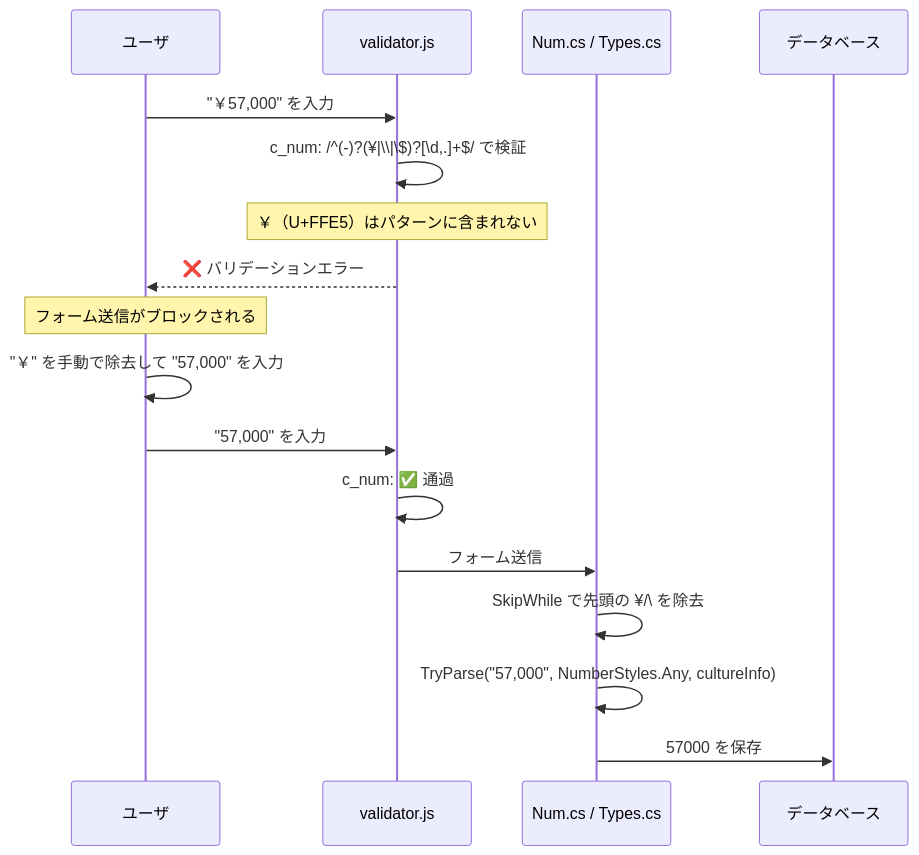
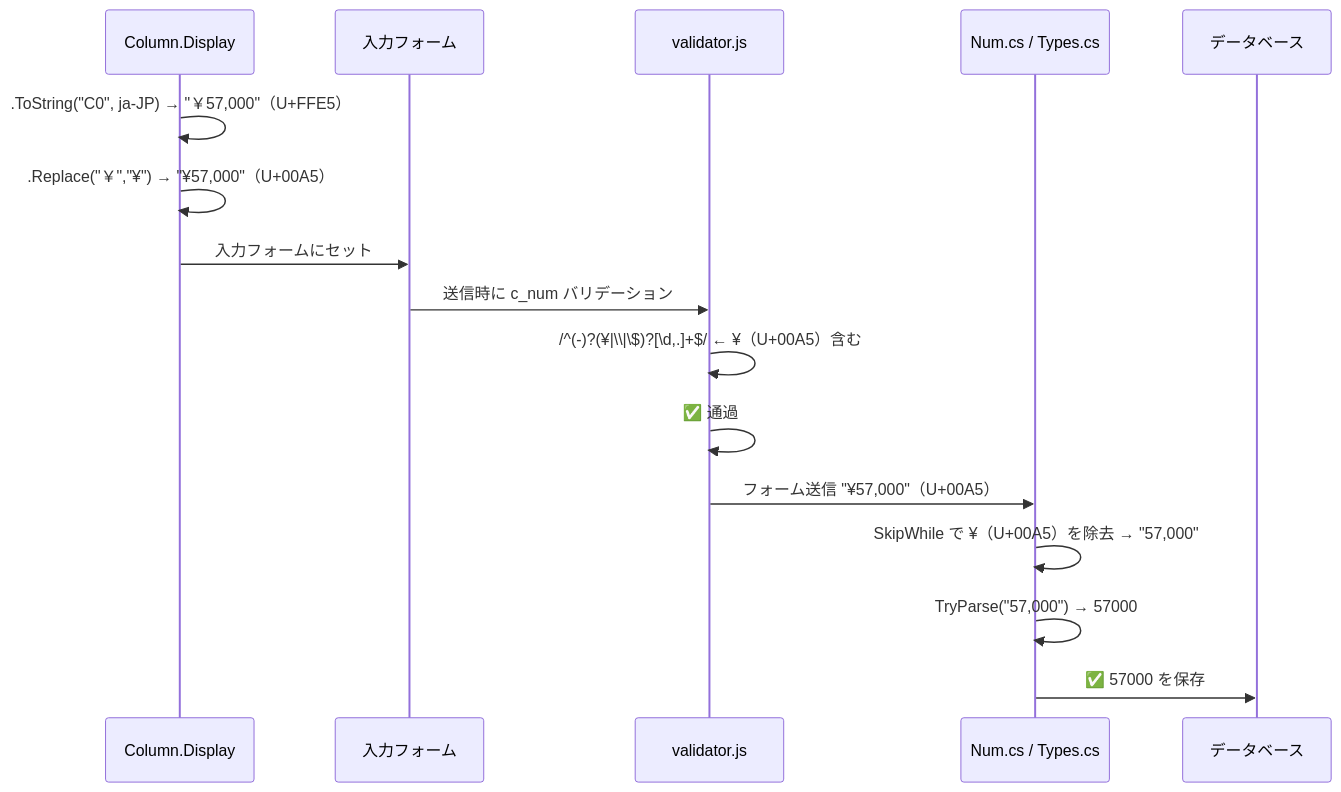
The fourth of 5 diagrams in docs/research/07-編集画面・モーダル/014-数値項目通貨記号変換の改変調査.md (vehiclevisionjp/VehicleVision.Pleasanter.ResearchDocuments), drawn with Mermaid before and after one commit. The commit also changed other lines of this file, not shown here.

````diff
--- a/docs/research/07-編集画面・モーダル/014-数値項目通貨記号変換の改変調査.md
+++ b/docs/research/07-編集画面・モーダル/014-数値項目通貨記号変換の改変調査.md
@@ -389,21 +485,19 @@
 ```mermaid
 sequenceDiagram
-    participant User as ユーザ
+    participant Display as Column.Display
+    participant Form as 入力フォーム
     participant Client as validator.js
     participant Server as Num.cs / Types.cs
     participant DB as データベース
 
-    User->>Client: "￥57,000" を入力
-    Client->>Client: c_num: /^(-)?(¥|\\|\$)?[\d,.]+$/ で検証
-    Note over Client: ￥（U+FFE5）はパターンに含まれない
-    Client-->>User: ❌ バリデーションエラー
-    Note over User: フォーム送信がブロックされる
-
-    User->>User: "￥" を手動で除去して "57,000" を入力
-    User->>Client: "57,000" を入力
-    Client->>Client: c_num: ✅ 通過
-    Client->>Server: フォーム送信
-    Server->>Server: SkipWhile で先頭の ¥/\ を除去
-    Server->>Server: TryParse("57,000", NumberStyles.Any, cultureInfo)
-    Server->>DB: 57000 を保存
+    Display->>Display: .ToString("C0", ja-JP) → "￥57,000"（U+FFE5）
+    Display->>Display: .Replace("￥","¥") → "¥57,000"（U+00A5）
+    Display->>Form: 入力フォームにセット
+    Form->>Client: 送信時に c_num バリデーション
+    Client->>Client: /^(-)?(¥|\\|\$)?[\d,.]+$/ ← ¥（U+00A5）含む
+    Client->>Client: ✅ 通過
+    Client->>Server: フォーム送信 "¥57,000"（U+00A5）
+    Server->>Server: SkipWhile で ¥（U+00A5）を除去 → "57,000"
+    Server->>Server: TryParse("57,000") → 57000
+    Server->>DB: ✅ 57000 を保存
 ```
````
